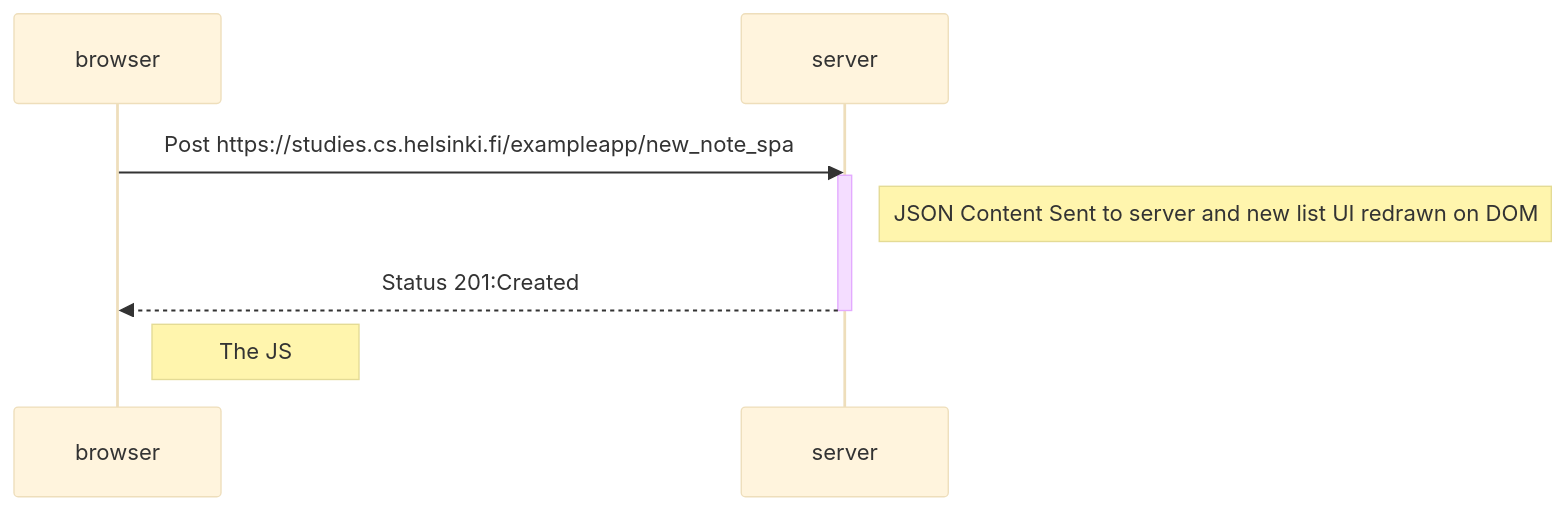
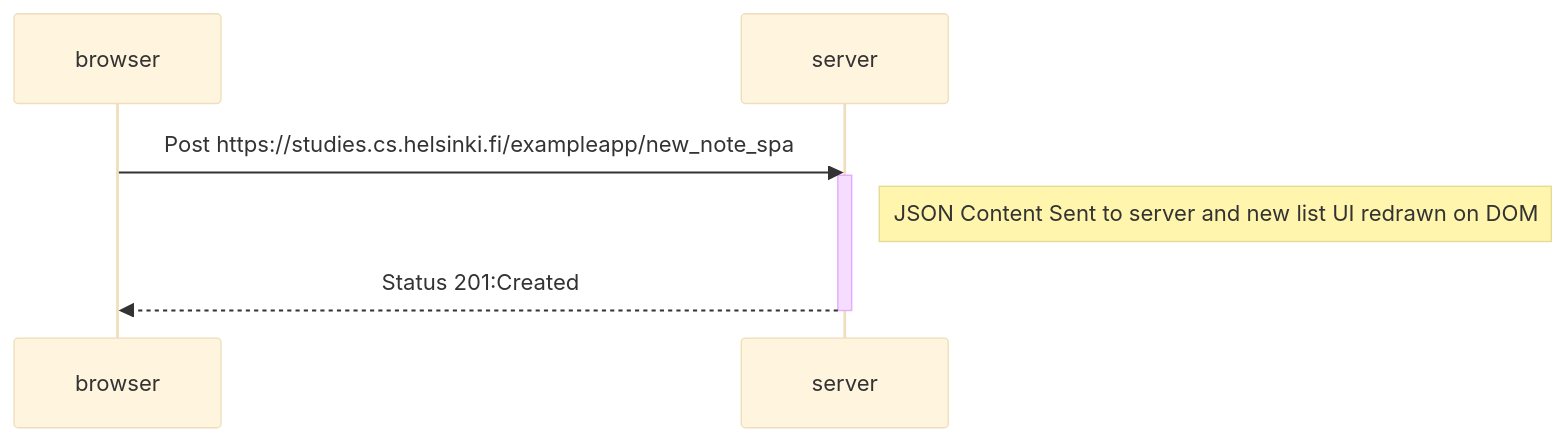
The diagram in part0/0.6 New note in Single page app diagram.md (Dagime-Teshome/fullStackProjects), drawn with Mermaid (base theme) before and after one commit.

Commit message:
fix note isuue on last push

````diff
--- a/part0/0.6 New note in Single page app diagram.md
+++ b/part0/0.6 New note in Single page app diagram.md
@@ -1,12 +1,11 @@
 ```mermaid
 sequenceDiagram
 participant browser
 participant server
 
     browser->>server: Post https://studies.cs.helsinki.fi/exampleapp/new_note_spa
     activate server
     Note right of server: JSON Content Sent to server and new list UI redrawn on DOM
     server-->>browser: Status 201:Created
     deactivate server
-    Note right of browser: The JS
 ```
````
